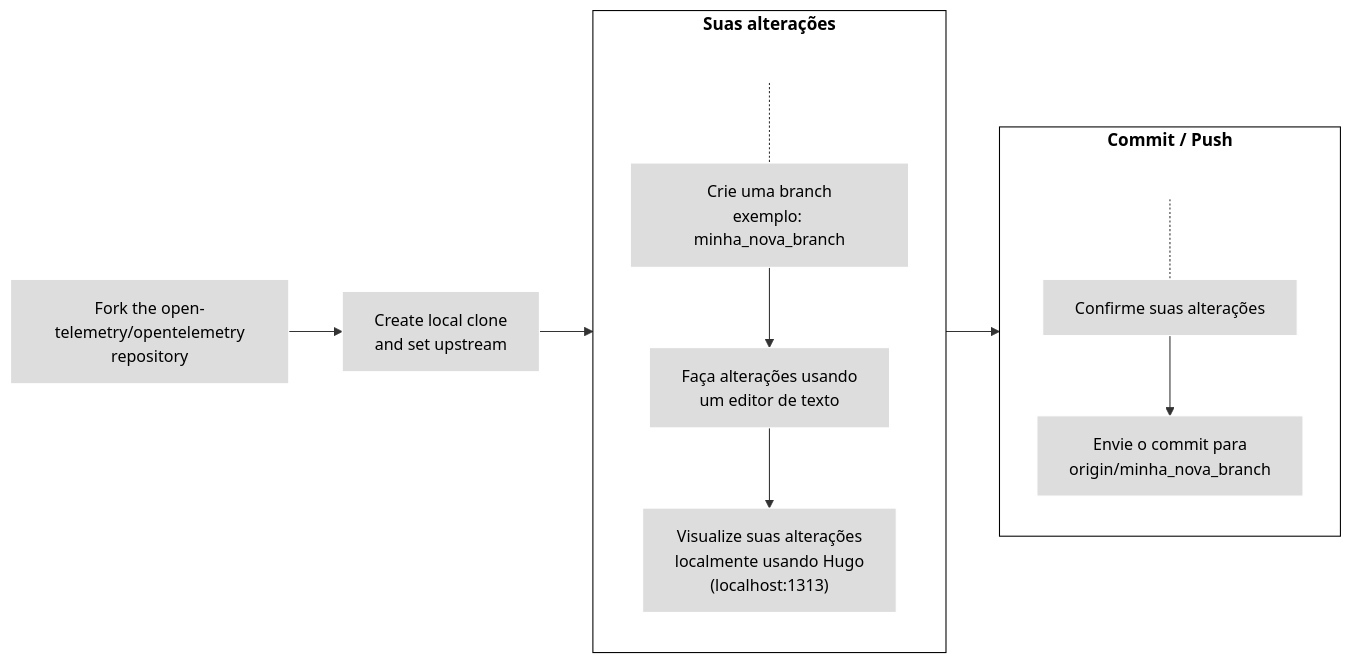
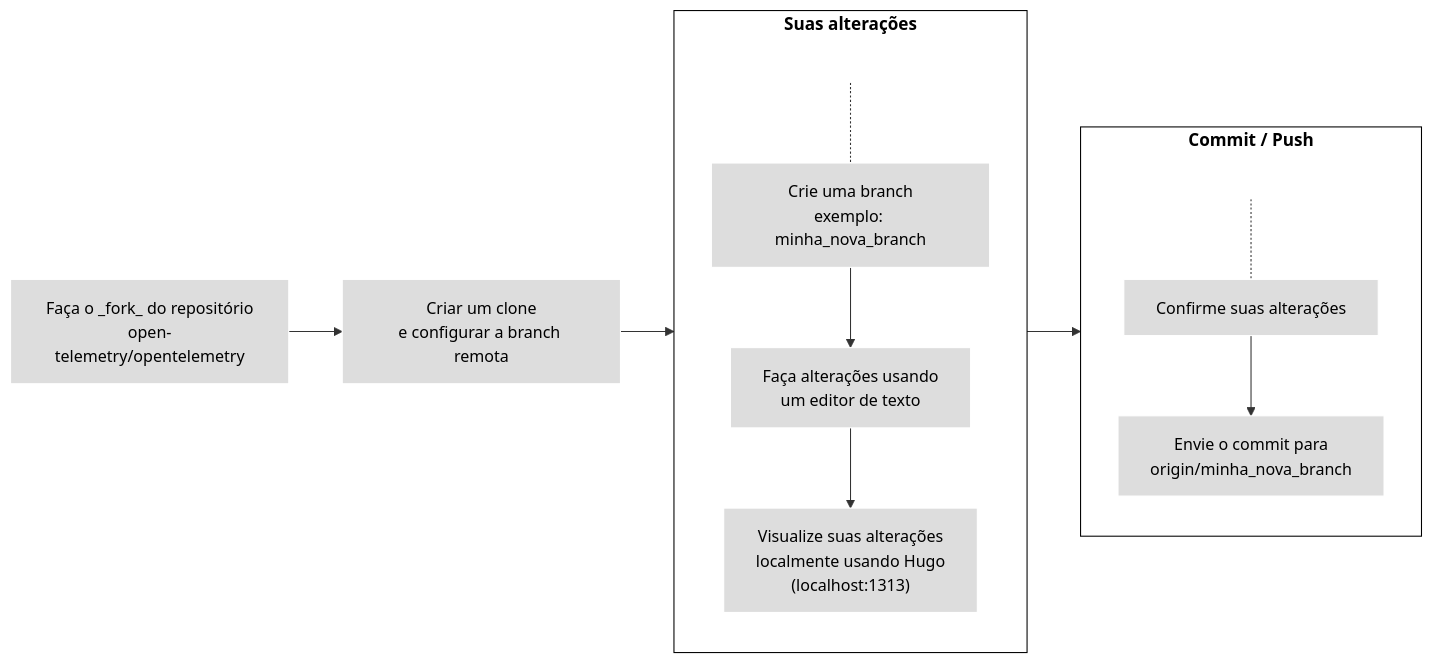
One commit to open-telemetry/opentelemetry.io changed the third of 4 diagrams in content/pt/docs/contributing/pull-requests.md. Above: the diagram before and after it, drawn with Mermaid.

Commit message:
fix: ajuste comentarios

````diff
--- a/content/pt/docs/contributing/pull-requests.md
+++ b/content/pt/docs/contributing/pull-requests.md
@@ -180,24 +180,24 @@
 ```mermaid
 flowchart LR
-1[Fork the open-telemetry/opentelemetry<br>repository] --> 2[Create local clone<br>and set upstream]
+1[Faça o _fork_ do repositório<br>open-telemetry/opentelemetry] --> 2[Criar um clone<br>e configurar a branch remota]
 subgraph changes[Suas alterações]
 direction TB
 S[ ] -.-
 3[Crie uma branch<br>exemplo: minha_nova_branch] --> 3a[Faça alterações usando<br>um editor de texto] --> 4["Visualize suas alterações<br>localmente usando Hugo<br>(localhost:1313)"]
 end
 subgraph changes2[Commit / Push]
 direction TB
 T[ ] -.-
 5[Confirme suas alterações] --> 6[Envie o commit para<br>origin/minha_nova_branch]
 end
 
 2 --> changes --> changes2
 
 classDef grey fill:#dddddd,stroke:#ffffff,stroke-width:px,color:#000000, font-size:15px;
 classDef white fill:#ffffff,stroke:#000,stroke-width:px,color:#000,font-weight:bold
 classDef k8s fill:#326ce5,stroke:#fff,stroke-width:1px,color:#fff;
 classDef spacewhite fill:#ffffff,stroke:#fff,stroke-width:0px,color:#000
 class 1,2,3,3a,4,5,6 grey
 class S,T spacewhite
 class changes,changes2 white
 ```
````
